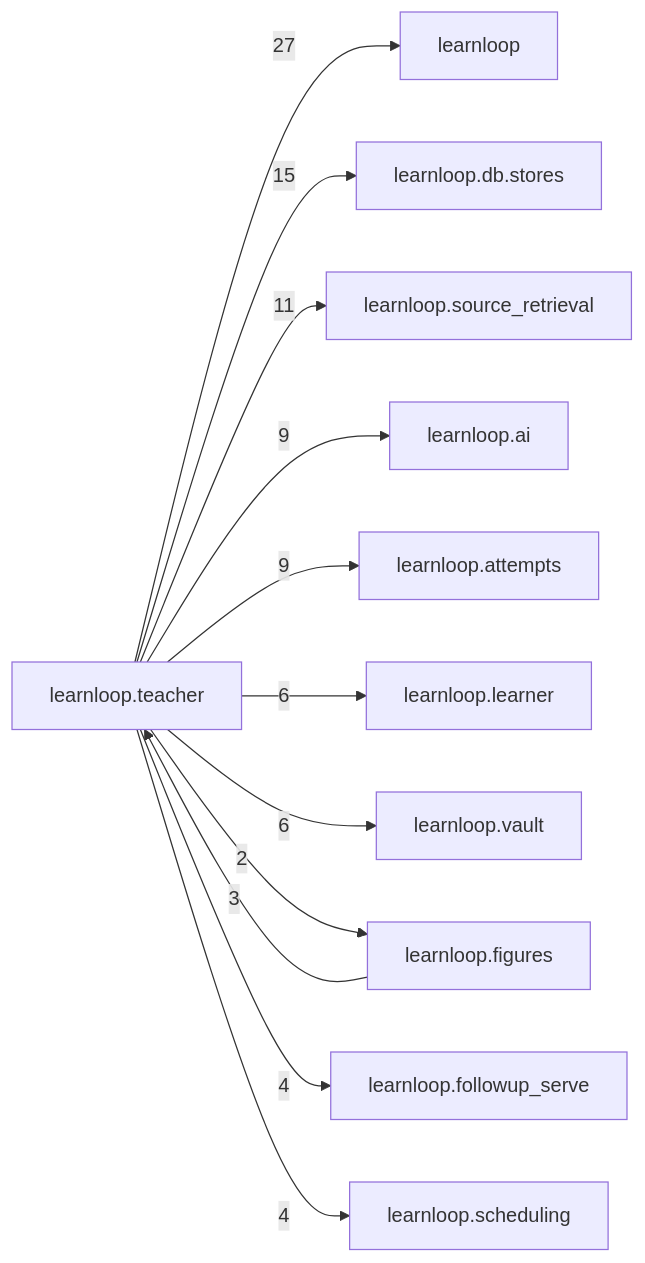
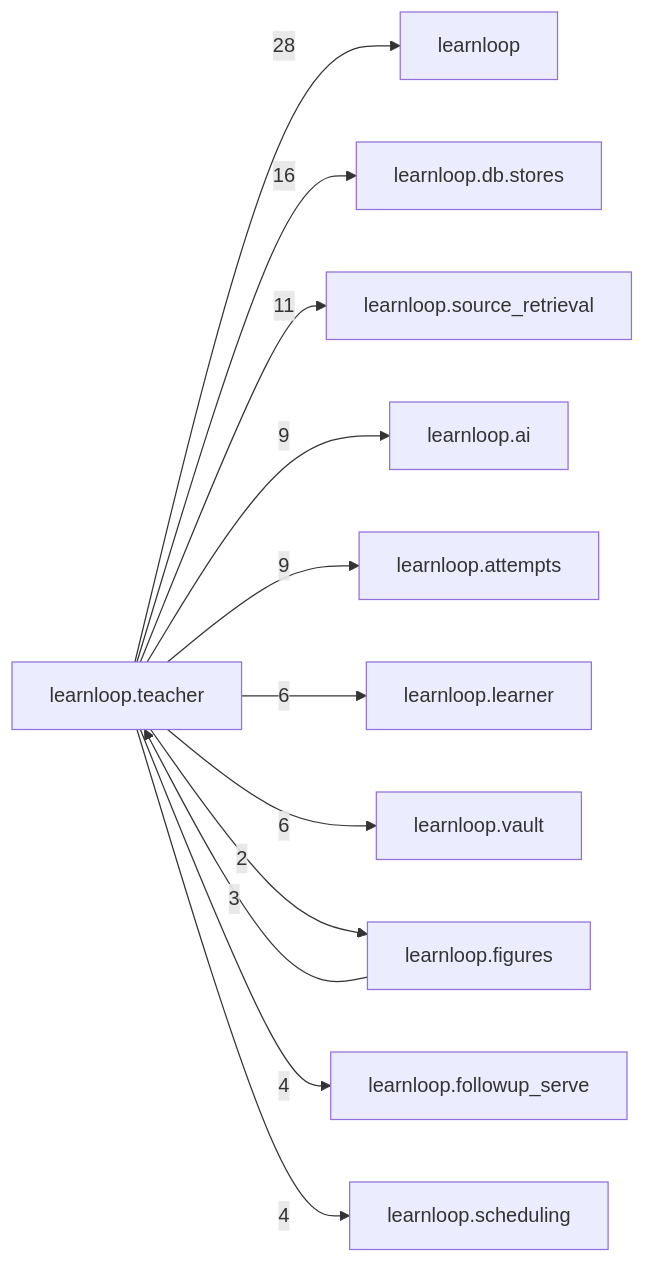
Before and after one commit to 6up-b/learnanything: the diagram in docs/learnloop-architecture-vault/Reference/Modules/learnloop/teacher/_package.md, drawn with Mermaid. The commit also changed other lines of this file and 567 other files, not shown here.

````diff
--- a/docs/learnloop-architecture-vault/Reference/Modules/learnloop/teacher/_package.md
+++ b/docs/learnloop-architecture-vault/Reference/Modules/learnloop/teacher/_package.md
@@ -122,25 +122,25 @@
 ```mermaid
 flowchart LR
     center["learnloop.teacher"]
     n_learnloop["learnloop"]
     n_learnloop_db_stores["learnloop.db.stores"]
     n_learnloop_source_retrieval["learnloop.source_retrieval"]
     n_learnloop_ai["learnloop.ai"]
     n_learnloop_attempts["learnloop.attempts"]
     n_learnloop_learner["learnloop.learner"]
     n_learnloop_vault["learnloop.vault"]
     n_learnloop_figures["learnloop.figures"]
     n_learnloop_followup_serve["learnloop.followup_serve"]
     n_learnloop_scheduling["learnloop.scheduling"]
-    center -->|27| n_learnloop
-    center -->|15| n_learnloop_db_stores
+    center -->|28| n_learnloop
+    center -->|16| n_learnloop_db_stores
     center -->|11| n_learnloop_source_retrieval
     center -->|9| n_learnloop_ai
     center -->|9| n_learnloop_attempts
     center -->|6| n_learnloop_learner
     center -->|6| n_learnloop_vault
     n_learnloop_figures -->|3| center
     center -->|2| n_learnloop_figures
     center -->|4| n_learnloop_followup_serve
     center -->|4| n_learnloop_scheduling
 ```
````
